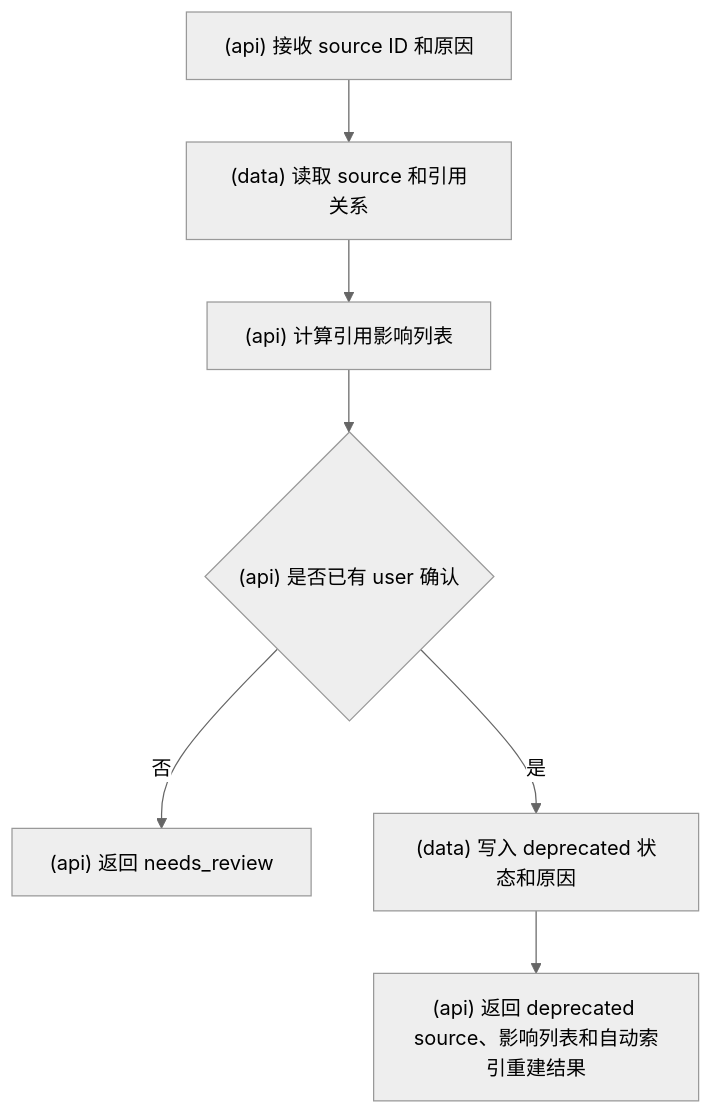
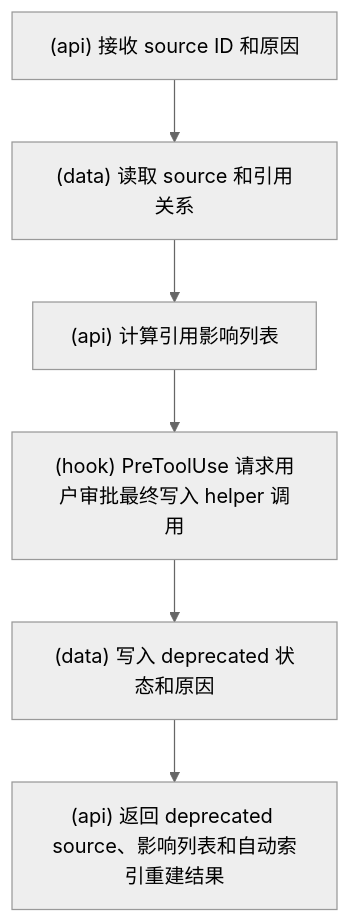
Before and after one commit to srangerme/KBManager: the third of 21 diagrams in docs/流程图.md, drawn with Mermaid (neutral theme). The commit also changed other lines of this file and 48 other files, not shown here.

````diff
--- a/docs/流程图.md
+++ b/docs/流程图.md
@@ -71,9 +71,8 @@
 ```mermaid
 flowchart TD
   A["(api) 接收 source ID 和原因"] --> B["(data) 读取 source 和引用关系"]
   B --> C["(api) 计算引用影响列表"]
-  C --> D{"(api) 是否已有 user 确认"}
-  D -- 否 --> E["(api) 返回 needs_review"]
-  D -- 是 --> F["(data) 写入 deprecated 状态和原因"]
+  C --> D["(hook) PreToolUse 请求用户审批最终写入 helper 调用"]
+  D --> F["(data) 写入 deprecated 状态和原因"]
   F --> G["(api) 返回 deprecated source、影响列表和自动索引重建结果"]
 ```
````
